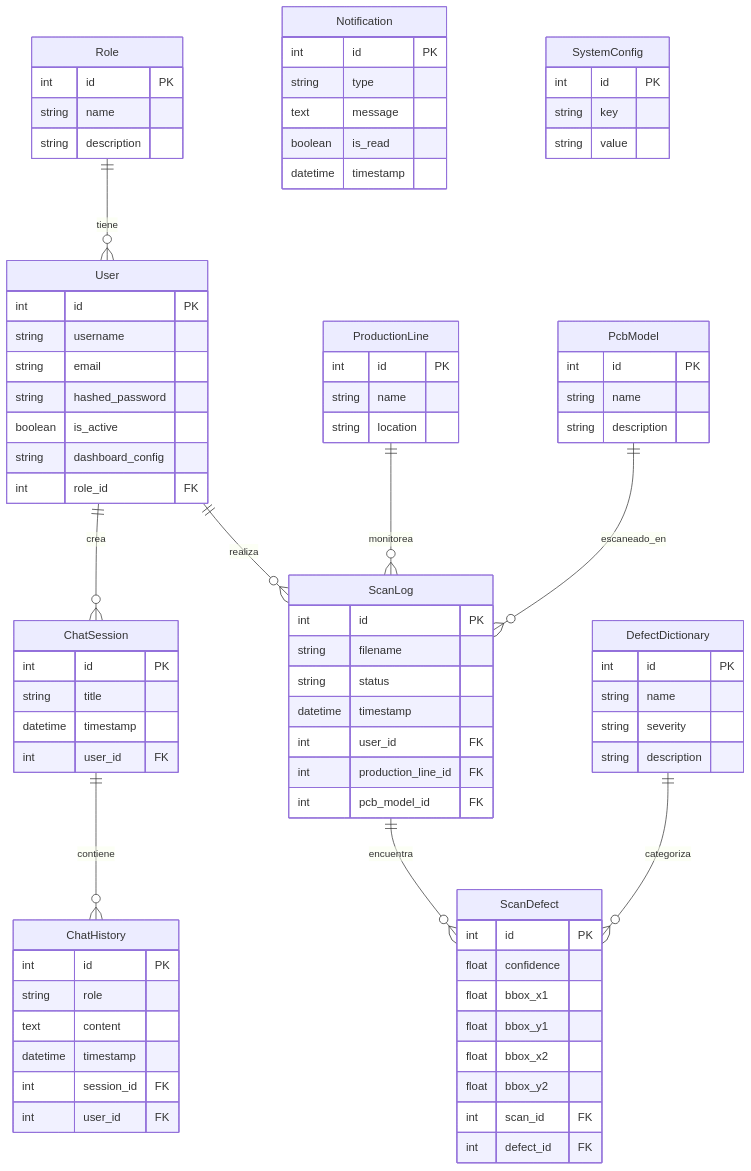
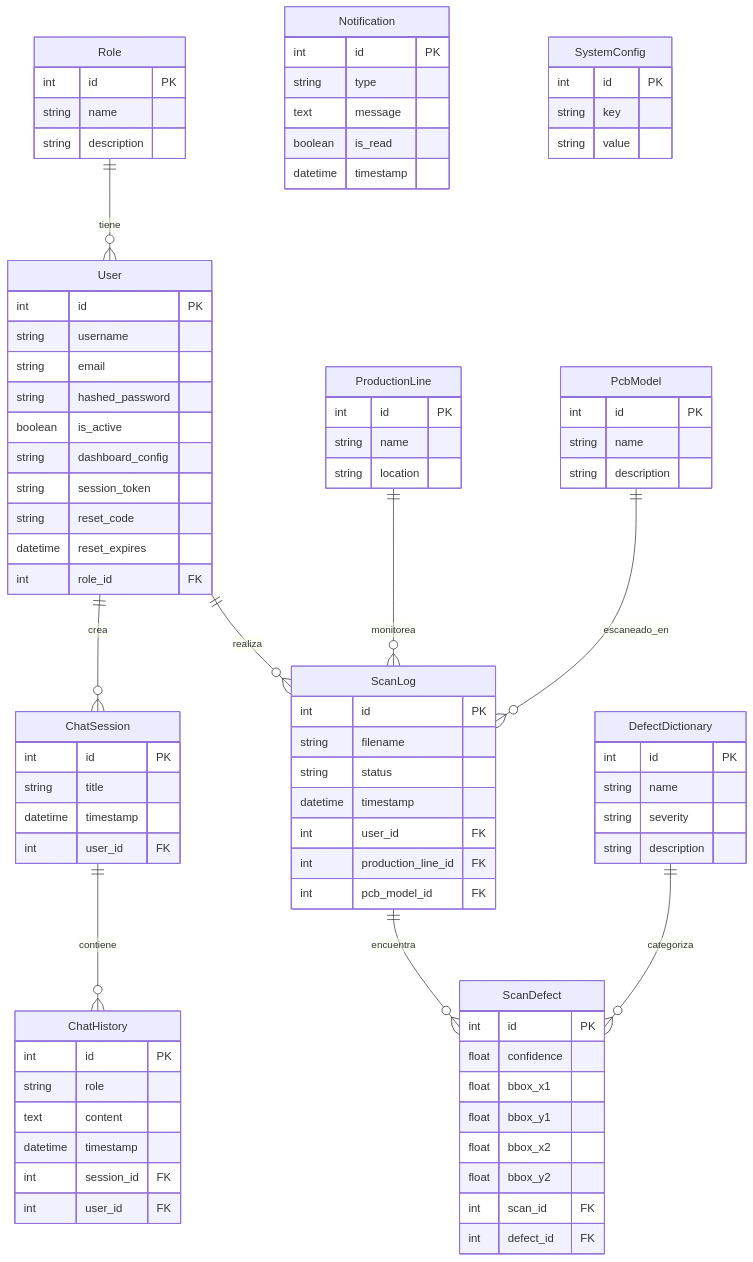
The second of 3 diagrams in README.md (0x0055500l/V1si0n), drawn with Mermaid before and after one commit. The commit also changed other lines of this file and 17 other files, not shown here.

```diff
--- a/README.md
+++ b/README.md
@@ -71,6 +77,9 @@
         string hashed_password
         boolean is_active
         string dashboard_config
+        string session_token
+        string reset_code
+        datetime reset_expires
         int role_id FK
     }
     ProductionLine {
```
